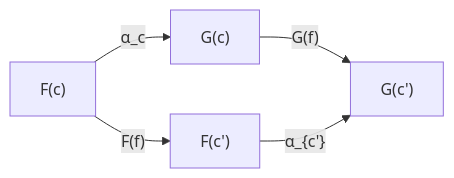
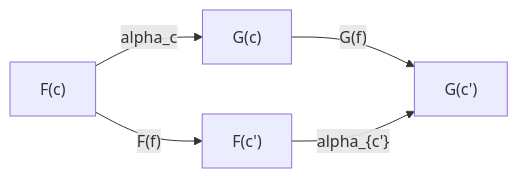
The diagram in docs/natural-transformations.md (Phryxia/math-map), drawn with Mermaid before and after one commit. The commit also changed 1 other file, not shown here.

Commit message:
ascii-ize the two mermaid labels whose subscript underscore trips the formula check
Claude-Session: https://claude.ai/code/session_01SmaHs9ydWxRrcz6b6Z44wr

````diff
--- a/docs/natural-transformations.md
+++ b/docs/natural-transformations.md
@@ -19,7 +19,7 @@
 ```mermaid
 graph LR
-  Fc["F(c)"] -->|"α_c"| Gc["G(c)"]
+  Fc["F(c)"] -->|"alpha_c"| Gc["G(c)"]
   Fc -->|"F(f)"| Fc2["F(c')"]
   Gc -->|"G(f)"| Gc2["G(c')"]
-  Fc2 -->|"α_{c'}"| Gc2
+  Fc2 -->|"alpha_{c'}"| Gc2
 ```
````
